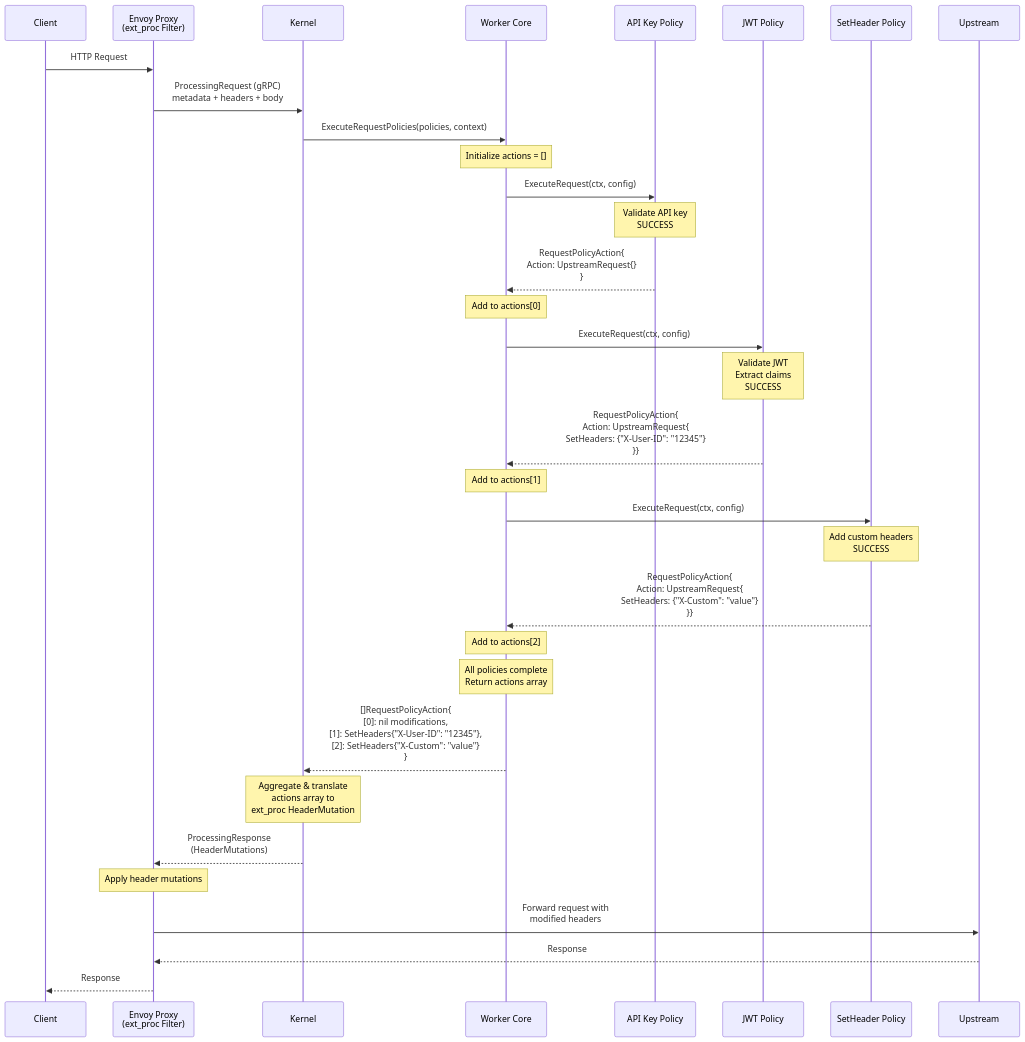
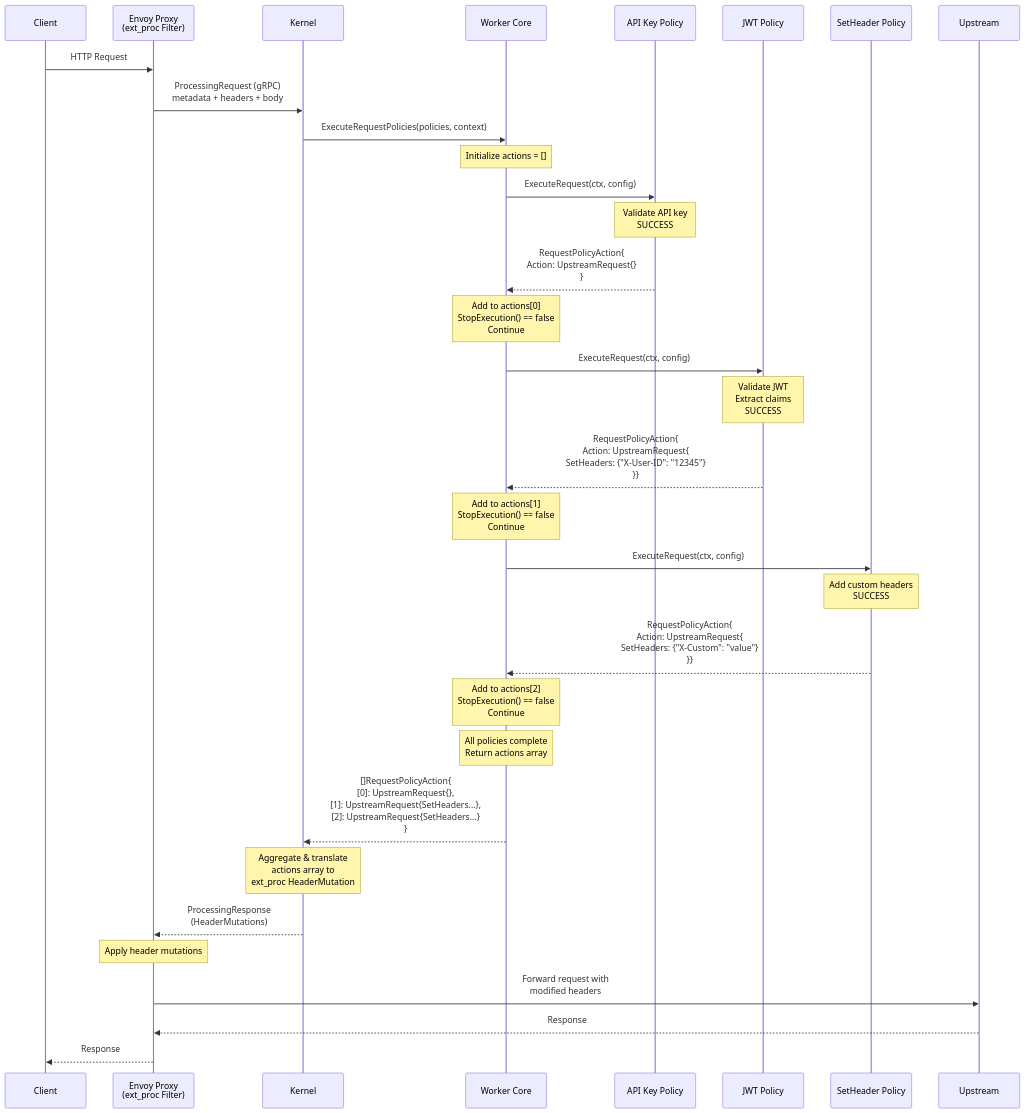
One commit to wso2/api-platform changed the fifth of 7 diagrams in Spec.md. Above: the diagram before and after it, drawn with Mermaid. The commit also changed other lines of this file, not shown here.

Commit message:
Refactor policy execution to use StopExecution method for short-circuiting

````diff
--- a/Spec.md
+++ b/Spec.md
@@ -743,40 +725,40 @@
 ```mermaid
 sequenceDiagram
     participant Client
     participant Envoy as Envoy Proxy<br/>(ext_proc Filter)
     participant Kernel
     participant Core as Worker Core
     participant P1 as API Key Policy
     participant P2 as JWT Policy
     participant P3 as SetHeader Policy
     participant Upstream
 
     Client->>Envoy: HTTP Request
     Envoy->>Kernel: ProcessingRequest (gRPC)<br/>metadata + headers + body
     Kernel->>Core: ExecuteRequestPolicies(policies, context)
     Note over Core: Initialize actions = []
 
     Core->>P1: ExecuteRequest(ctx, config)
     Note over P1: Validate API key<br/>SUCCESS
     P1-->>Core: RequestPolicyAction{<br/>Action: UpstreamRequest{}<br/>}
-    Note over Core: Add to actions[0]
+    Note over Core: Add to actions[0]<br/>StopExecution() == false<br/>Continue
 
     Core->>P2: ExecuteRequest(ctx, config)
     Note over P2: Validate JWT<br/>Extract claims<br/>SUCCESS
     P2-->>Core: RequestPolicyAction{<br/>Action: UpstreamRequest{<br/>SetHeaders: {"X-User-ID": "12345"}<br/>}}
-    Note over Core: Add to actions[1]
+    Note over Core: Add to actions[1]<br/>StopExecution() == false<br/>Continue
 
     Core->>P3: ExecuteRequest(ctx, config)
     Note over P3: Add custom headers<br/>SUCCESS
     P3-->>Core: RequestPolicyAction{<br/>Action: UpstreamRequest{<br/>SetHeaders: {"X-Custom": "value"}<br/>}}
-    Note over Core: Add to actions[2]
+    Note over Core: Add to actions[2]<br/>StopExecution() == false<br/>Continue
 
     Note over Core: All policies complete<br/>Return actions array
-    Core-->>Kernel: []RequestPolicyAction{<br/>[0]: nil modifications,<br/>[1]: SetHeaders{"X-User-ID": "12345"},<br/>[2]: SetHeaders{"X-Custom": "value"}<br/>}
+    Core-->>Kernel: []RequestPolicyAction{<br/>[0]: UpstreamRequest{},<br/>[1]: UpstreamRequest{SetHeaders...},<br/>[2]: UpstreamRequest{SetHeaders...}<br/>}
     Note over Kernel: Aggregate & translate<br/>actions array to<br/>ext_proc HeaderMutation
     Kernel-->>Envoy: ProcessingResponse<br/>(HeaderMutations)
     Note over Envoy: Apply header mutations
     Envoy->>Upstream: Forward request with<br/>modified headers
     Upstream-->>Envoy: Response
     Envoy-->>Client: Response
 ```
````
